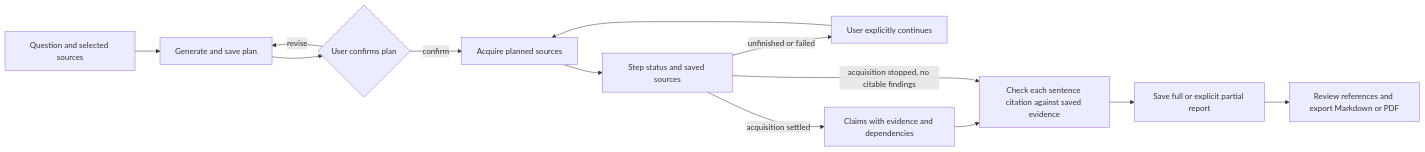
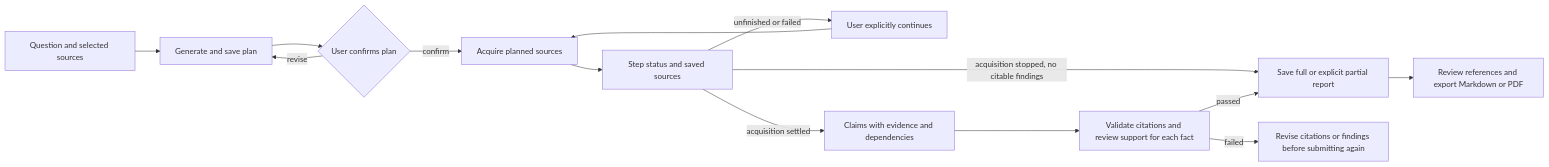
One commit to ChaoDiDiaoAA/Flowmate changed the first of 2 diagrams in docs/public/workflows.md. Above: the diagram before and after it, drawn with Mermaid. The commit also changed other lines of this file and 57 other files, not shown here.

Commit message:
feat(research): add semantic review and sentence evidence

````diff
--- a/docs/public/workflows.md
+++ b/docs/public/workflows.md
@@ -21,15 +21,16 @@
 ```mermaid
 flowchart LR
   Input[Question and selected sources] --> Plan[Generate and save plan]
   Plan --> Confirm{User confirms plan}
   Confirm -->|revise| Plan
   Confirm -->|confirm| Read[Acquire planned sources]
   Read --> Evidence[Step status and saved sources]
   Evidence -->|unfinished or failed| Continue[User explicitly continues]
   Continue --> Read
   Evidence -->|acquisition settled| Claims[Claims with evidence and dependencies]
-  Claims --> Check[Check each sentence citation against saved evidence]
-  Evidence -->|acquisition stopped, no citable findings| Check
-  Check --> Report[Save full or explicit partial report]
+  Claims --> Check[Validate citations and review support for each fact]
+  Evidence -->|acquisition stopped, no citable findings| Report
+  Check -->|passed| Report[Save full or explicit partial report]
+  Check -->|failed| Revise[Revise citations or findings before submitting again]
   Report --> Review[Review references and export Markdown or PDF]
 ```
````
